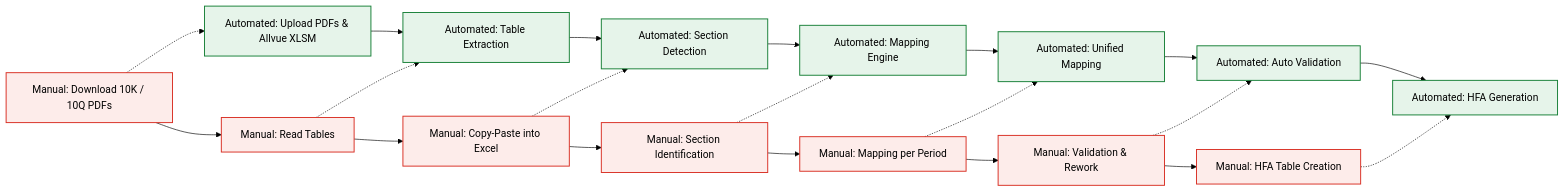
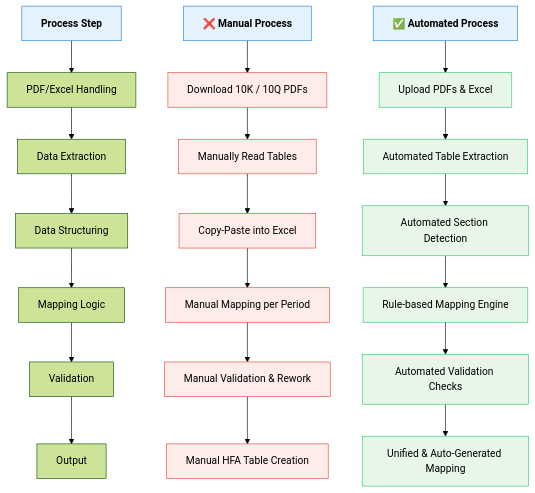
The first of 2 diagrams in Architecture_Explain.md (aryangupta-sudo/PGIM), drawn with Mermaid (forest theme) before and after one commit.

````diff
--- a/Architecture_Explain.md
+++ b/Architecture_Explain.md
@@ -123,41 +123,48 @@
 ```mermaid
+flowchart TB
 
-flowchart LR
-    %% Manual Process (Red)
-    M1[Manual: Download 10K / 10Q PDFs]
-    M2[Manual: Read Tables]
-    M3[Manual: Copy-Paste into Excel]
-    M4[Manual: Section Identification]
-    M5[Manual: Mapping per Period]
-    M6[Manual: Validation & Rework]
-    M7[Manual: HFA Table Creation]
+%% ========== STYLES ==========
+classDef manual fill:#fdecea,stroke:#e74c3c,color:#000
+classDef auto fill:#e8f5e9,stroke:#2ecc71,color:#000
+classDef header fill:#e3f2fd,stroke:#1e88e5,font-weight:bold
 
-    %% Automated Process (Green)
-    A1[Automated: Upload PDFs & Allvue XLSM]
-    A2[Automated: Table Extraction]
-    A3[Automated: Section Detection]
-    A4[Automated: Mapping Engine]
-    A5[Automated: Unified Mapping]
-    A6[Automated: Auto Validation]
-    A7[Automated: HFA Generation]
+%% ========== HEADERS ==========
+H_STEP[Process Step]:::header
+H_MANUAL[❌ Manual Process]:::header
+H_AUTO[✅ Automated Process]:::header
 
-    %% Flows
-    M1 --> M2 --> M3 --> M4 --> M5 --> M6 --> M7
-    A1 --> A2 --> A3 --> A4 --> A5 --> A6 --> A7
+%% ========== ROW 1 ==========
+S1[PDF/Excel Handling]
+M1[Download 10K / 10Q PDFs]:::manual
+A1[Upload PDFs & Excel]:::auto
 
-    %% Alignment (visual only)
-    M1 -.-> A1
-    M2 -.-> A2
-    M3 -.-> A3
-    M4 -.-> A4
-    M5 -.-> A5
-    M6 -.-> A6
-    M7 -.-> A7
+%% ========== ROW 2 ==========
+S2[Data Extraction]
+M2[Manually Read Tables]:::manual
+A2[Automated Table Extraction]:::auto
 
-    %% Styling
-    classDef manual fill:#fdecea,stroke:#d93025,stroke-width:1.5px,color:#000
-    classDef automated fill:#e6f4ea,stroke:#188038,stroke-width:1.5px,color:#000
+%% ========== ROW 3 ==========
+S3[Data Structuring]
+M3[Copy-Paste into Excel]:::manual
+A3[Automated Section Detection]:::auto
 
-    class M1,M2,M3,M4,M5,M6,M7 manual
-    class A1,A2,A3,A4,A5,A6,A7 automated
+%% ========== ROW 4 ==========
+S4[Mapping Logic]
+M4[Manual Mapping per Period]:::manual
+A4[Rule-based Mapping Engine]:::auto
+
+%% ========== ROW 5 ==========
+S5[Validation]
+M5[Manual Validation & Rework]:::manual
+A5[Automated Validation Checks]:::auto
+
+%% ========== ROW 6 ==========
+S6[Output]
+M6[Manual HFA Table Creation]:::manual
+A6[Unified & Auto-Generated Mapping]:::auto
+
+%% ========== ALIGNMENT ==========
+H_STEP --> S1 --> S2 --> S3 --> S4 --> S5 --> S6
+H_MANUAL --> M1 --> M2 --> M3 --> M4 --> M5 --> M6
+H_AUTO --> A1 --> A2 --> A3 --> A4 --> A5 --> A6
 ```
````
